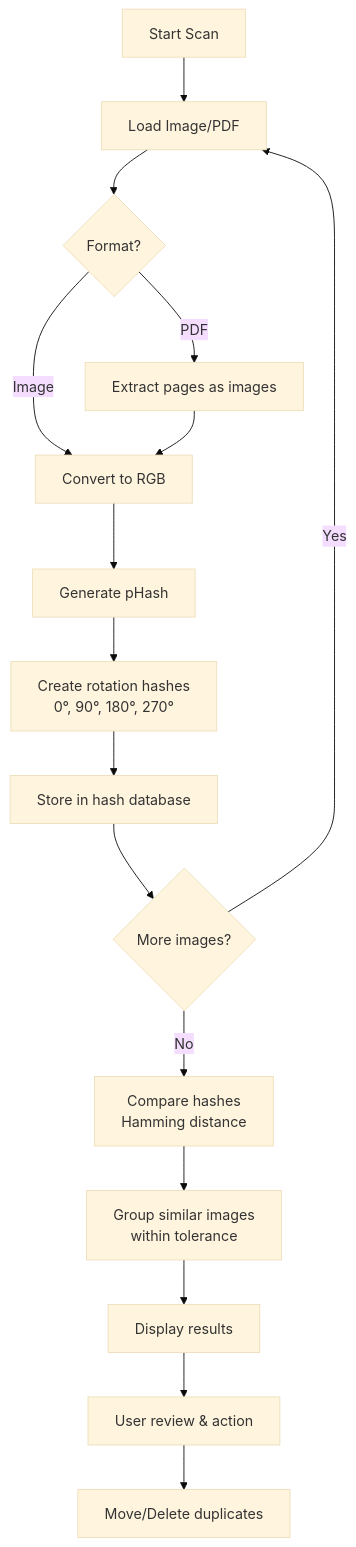
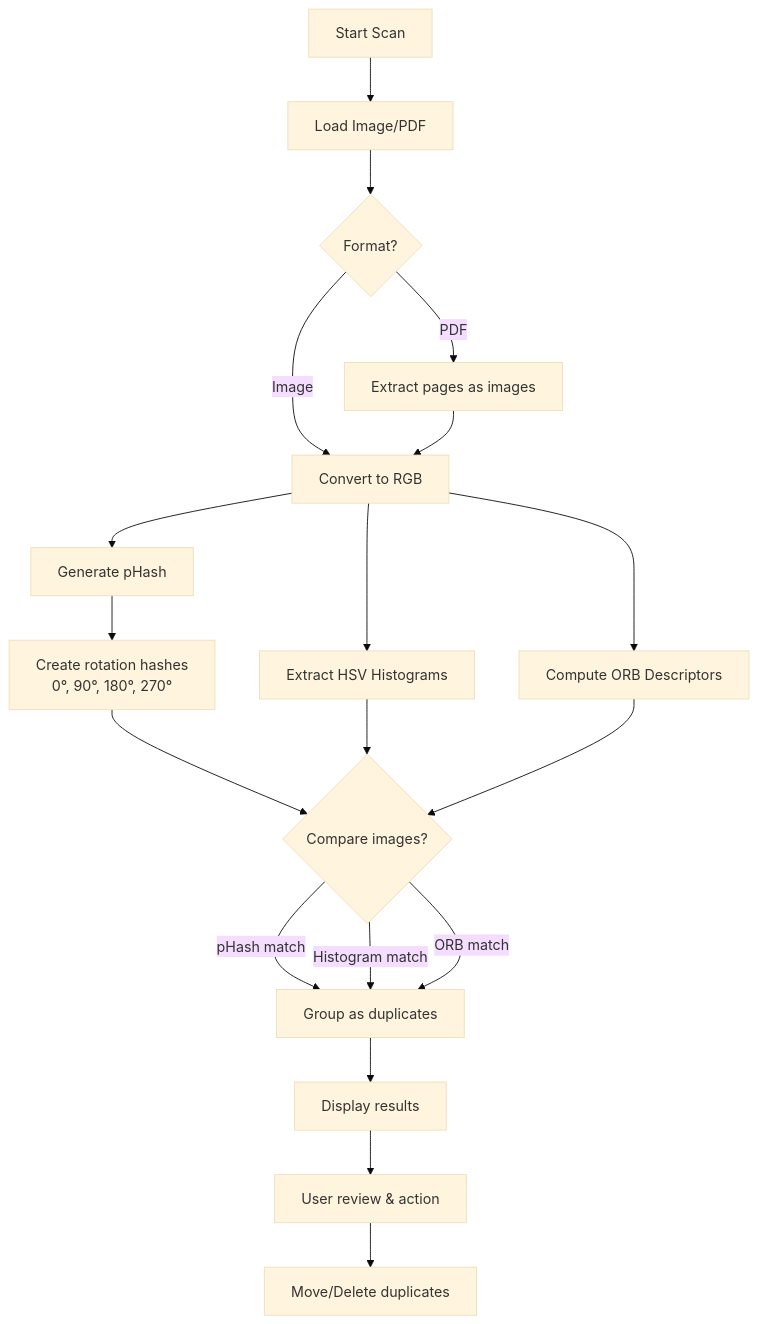
One commit to ephra1m9/Percepta changed the first of 2 diagrams in README.md. Above: the diagram before and after it, drawn with Mermaid (base theme). The commit also changed other lines of this file, not shown here.

````diff
--- a/README.md
+++ b/README.md
@@ -123,18 +132,21 @@
 ```mermaid
 flowchart TD
     A[Start Scan] --> B[Load Image/PDF]
     B --> C{Format?}
     C -->|Image| D[Convert to RGB]
     C -->|PDF| E[Extract pages as images]
     E --> D
     D --> F[Generate pHash]
-    F --> G[Create rotation hashes<br>0°, 90°, 180°, 270°]
-    G --> H[Store in hash database]
-    H --> I{More images?}
-    I -->|Yes| B
-    I -->|No| J[Compare hashes<br>Hamming distance]
-    J --> K[Group similar images<br>within tolerance]
+    D --> G[Extract HSV Histograms]
+    D --> H[Compute ORB Descriptors]
+    F --> I[Create rotation hashes<br>0°, 90°, 180°, 270°]
+    I --> J{Compare images?}
+    G --> J
+    H --> J
+    J -->|pHash match| K[Group as duplicates]
+    J -->|Histogram match| K
+    J -->|ORB match| K
     K --> L[Display results]
     L --> M[User review & action]
     M --> N[Move/Delete duplicates]
 ```
````
